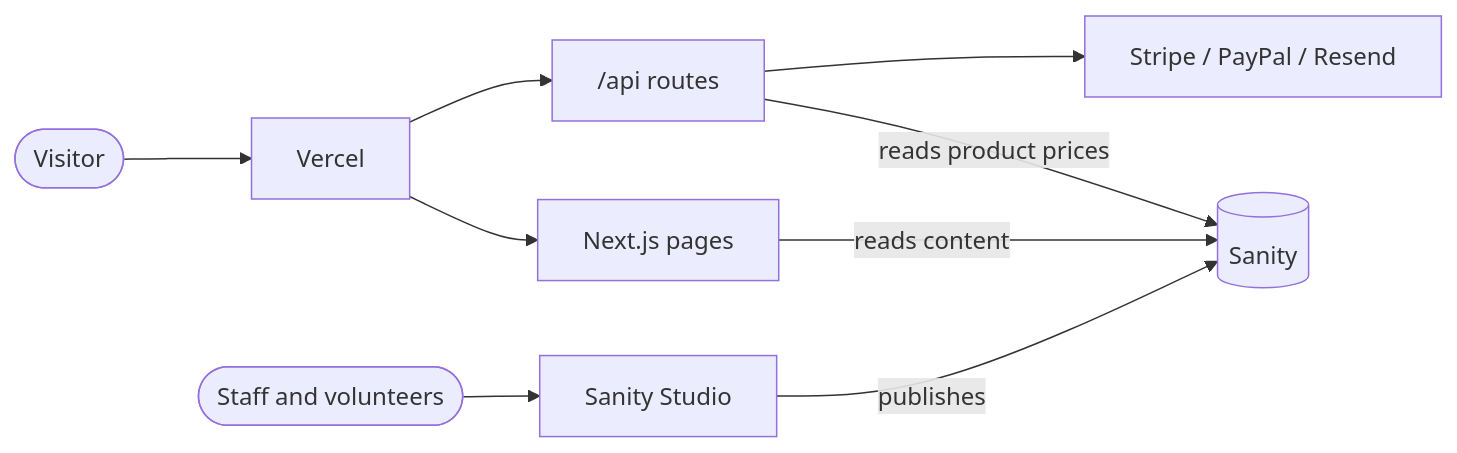
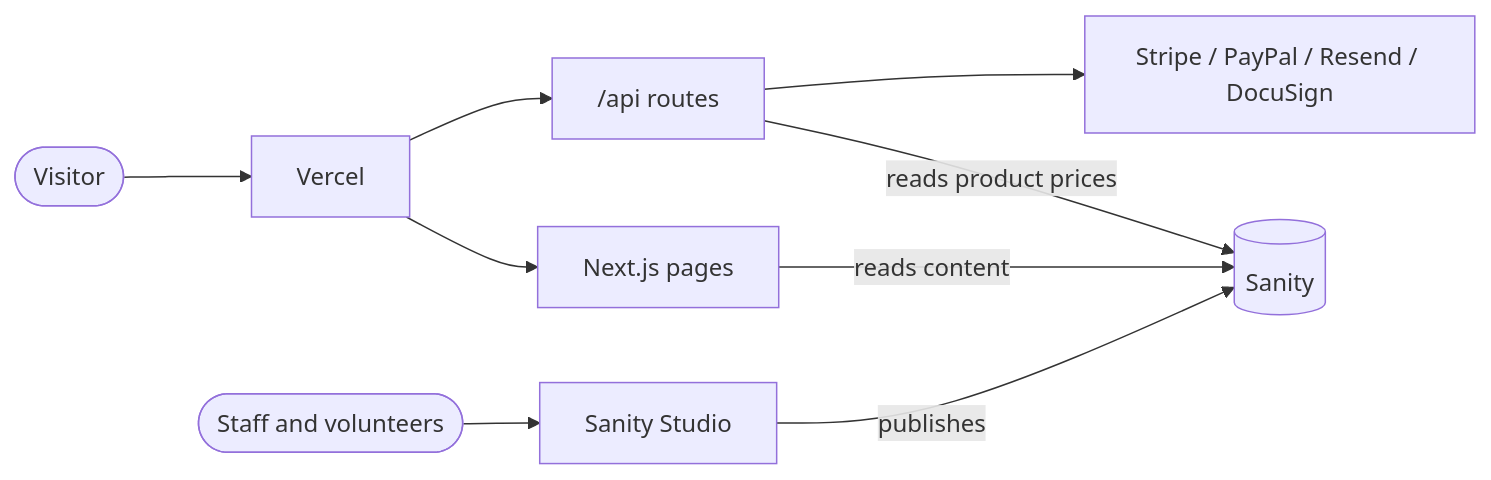
Before and after one commit to sourceofhope/sourceofhope: the diagram in README.md, drawn with Mermaid. The commit also changed other lines of this file and 67 other files, not shown here.

````diff
--- a/README.md
+++ b/README.md
@@ -63,11 +64,11 @@
 ```mermaid
 flowchart LR
     visitor([Visitor]) --> vercel[Vercel]
     vercel --> page[Next.js pages]
     vercel --> api["/api routes"]
     page -- reads content --> sanity[(Sanity)]
     api -- reads product prices --> sanity
-    api --> services[Stripe / PayPal / Resend]
+    api --> services[Stripe / PayPal / Resend / DocuSign]
     editor([Staff and volunteers]) --> studio[Sanity Studio]
     studio -- publishes --> sanity
 ```
````
